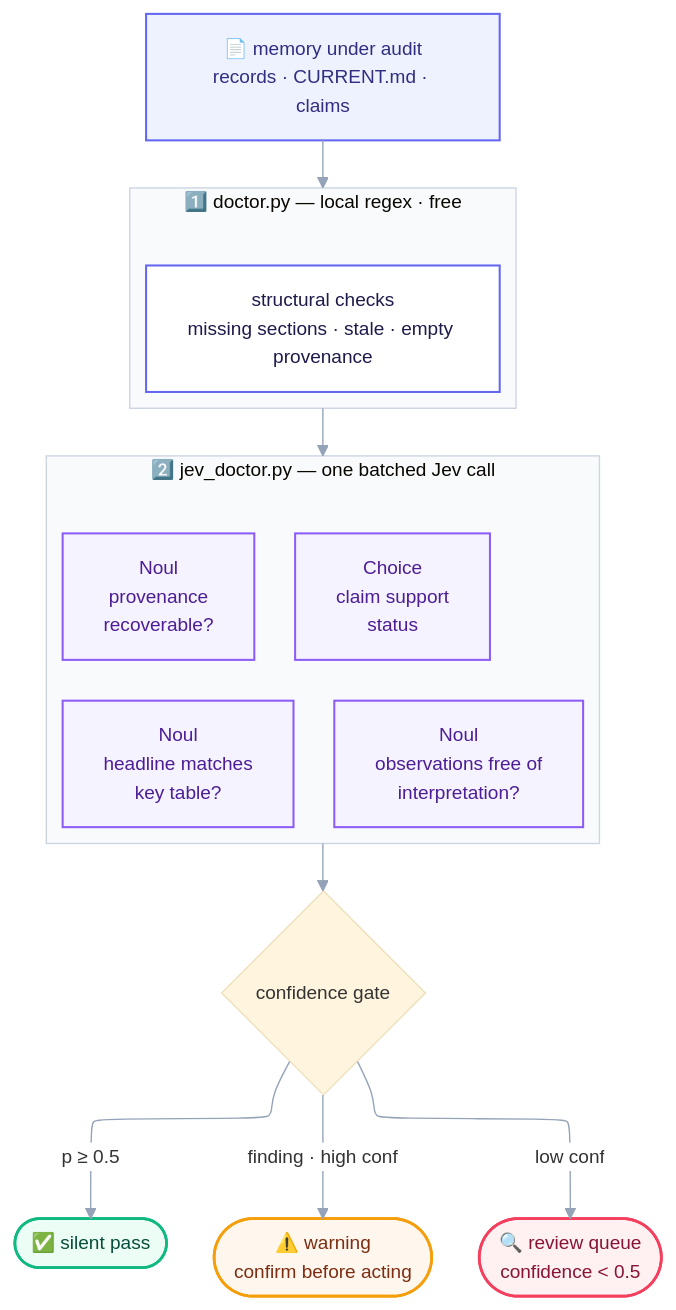
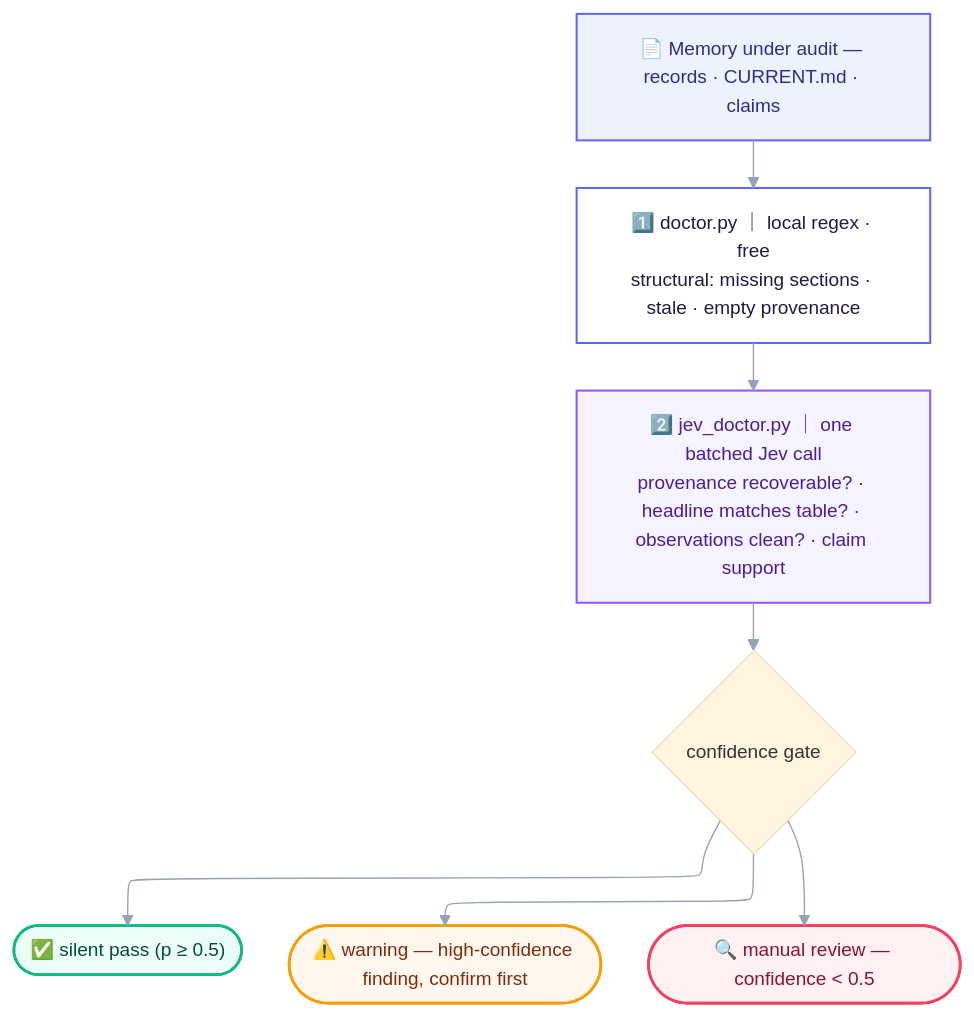
One commit to poiuyjie/jev_project_context changed the second of 2 diagrams in README.md. Above: the diagram before and after it, drawn with Mermaid. The commit also changed 1 other file, not shown here.

Commit message:
Compact audit diagram: five-layer flow, no subgraphs or edge labels, questions inlined

````diff
--- a/README.md
+++ b/README.md
@@ -45,32 +45,22 @@
 ```mermaid
 flowchart TB
     %%{init: {"flowchart":{"defaultRenderer":"elk"},"theme":"base","themeVariables":{"fontFamily":"Inter, ui-sans-serif, system-ui, sans-serif","fontSize":"14px","clusterBkg":"#F8FAFC","clusterBorder":"#CBD5E1","lineColor":"#94A3B8","edgeLabelBackground":"#FFFFFF"}}}%%
 
-    src["📄 memory under audit<br/>records · CURRENT.md · claims"]:::c1 --> L1
+    src["📄 Memory under audit — records · CURRENT.md · claims"]:::c1
+    r1["1️⃣ doctor.py ｜ local regex · free<br/>structural: missing sections · stale · empty provenance"]:::c2
+    r2["2️⃣ jev_doctor.py ｜ one batched Jev call<br/>provenance recoverable? · headline matches table? · observations clean? · claim support"]:::c3
+    gate{"confidence gate"}
+    ok(["✅ silent pass (p ≥ 0.5)"]):::okc
+    warn(["⚠️ warning — high-confidence finding, confirm first"]):::warnc
+    rev(["🔍 manual review — confidence < 0.5"]):::revc
 
-    subgraph L1["1️⃣ doctor.py — local regex · free"]
-        r1["structural checks<br/>missing sections · stale · empty provenance"]:::c2
-    end
-
-    L1 --> L2
-
-    subgraph L2["2️⃣ jev_doctor.py — one batched Jev call"]
-        direction LR
-        q1["Noul<br/>provenance<br/>recoverable?"]:::c3
-        q2["Noul<br/>headline matches<br/>key table?"]:::c3
-        q3["Noul<br/>observations free of<br/>interpretation?"]:::c3
-        q4["Choice<br/>claim support<br/>status"]:::c3
-    end
-
-    L2 --> gate{"confidence gate"}
-    gate -->|p ≥ 0.5| ok(["✅ silent pass"]):::okc
-    gate -->|finding · high conf| warn(["⚠️ warning<br/>confirm before acting"]):::warnc
-    gate -->|low conf| rev(["🔍 review queue<br/>confidence < 0.5"]):::revc
+    src --> r1 --> r2 --> gate
+    gate --> ok & warn & rev
 
     classDef c1 fill:#EEF2FF,stroke:#6366F1,stroke-width:1.5px,color:#312E81;
     classDef c2 fill:#FFFFFF,stroke:#6366F1,stroke-width:1.5px,color:#1E1B4B;
     classDef c3 fill:#F5F3FF,stroke:#8B5CF6,stroke-width:1.5px,color:#4C1D95;
     classDef okc fill:#ECFDF5,stroke:#10B981,stroke-width:2px,color:#064E3B;
     classDef warnc fill:#FFF7ED,stroke:#F59E0B,stroke-width:2px,color:#7C2D12;
     classDef revc fill:#FFF1F2,stroke:#F43F5E,stroke-width:2px,color:#881337;
 ```
````
